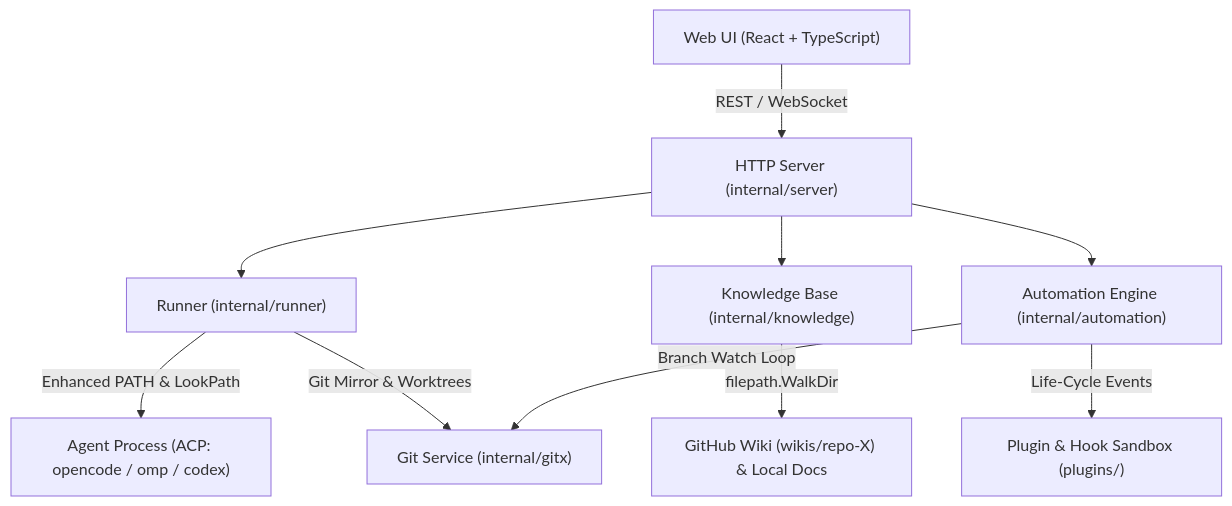
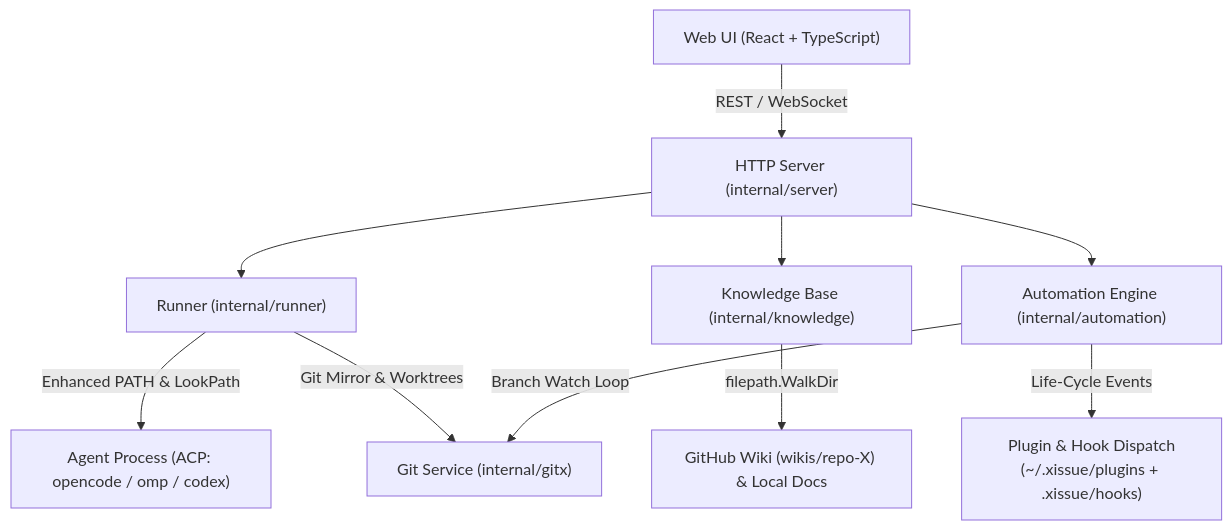
One commit to ffqa/xissue changed the diagram in docs/HANDOFF.md. Above: the diagram before and after it, drawn with Mermaid. The commit also changed other lines of this file and 31 other files, not shown here.

First line of the commit message:
feat: plugin API v1, installer CLI and lifecycle events

````diff
--- a/docs/HANDOFF.md
+++ b/docs/HANDOFF.md
@@ -127,15 +135,15 @@
 ```mermaid
 flowchart TD
     A["Web UI (React + TypeScript)"] -->|REST / WebSocket| B["HTTP Server (internal/server)"]
     B --> C["Runner (internal/runner)"]
     B --> D["Knowledge Base (internal/knowledge)"]
     B --> E["Automation Engine (internal/automation)"]
     
     C -->|Enhanced PATH & LookPath| F["Agent Process (ACP: opencode / omp / codex)"]
     C -->|Git Mirror & Worktrees| G["Git Service (internal/gitx)"]
     
     D -->|filepath.WalkDir| H["GitHub Wiki (wikis/repo-X) & Local Docs"]
     
-    E -->|Life-Cycle Events| I["Plugin & Hook Sandbox (plugins/)"]
+    E -->|Life-Cycle Events| I["Plugin & Hook Dispatch<br/>(~/.xissue/plugins + .xissue/hooks)"]
     E -->|Branch Watch Loop| G
 ```
````
